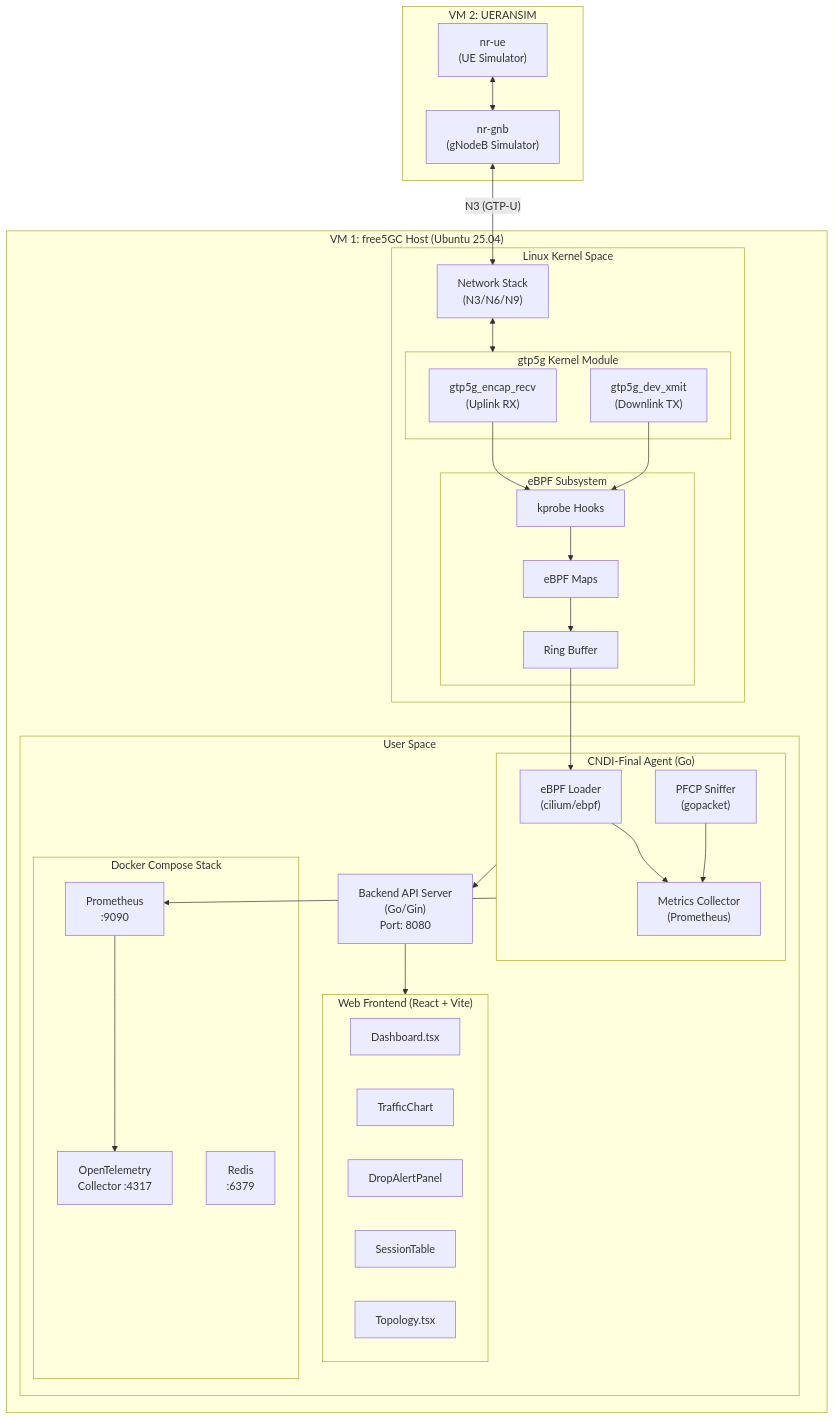
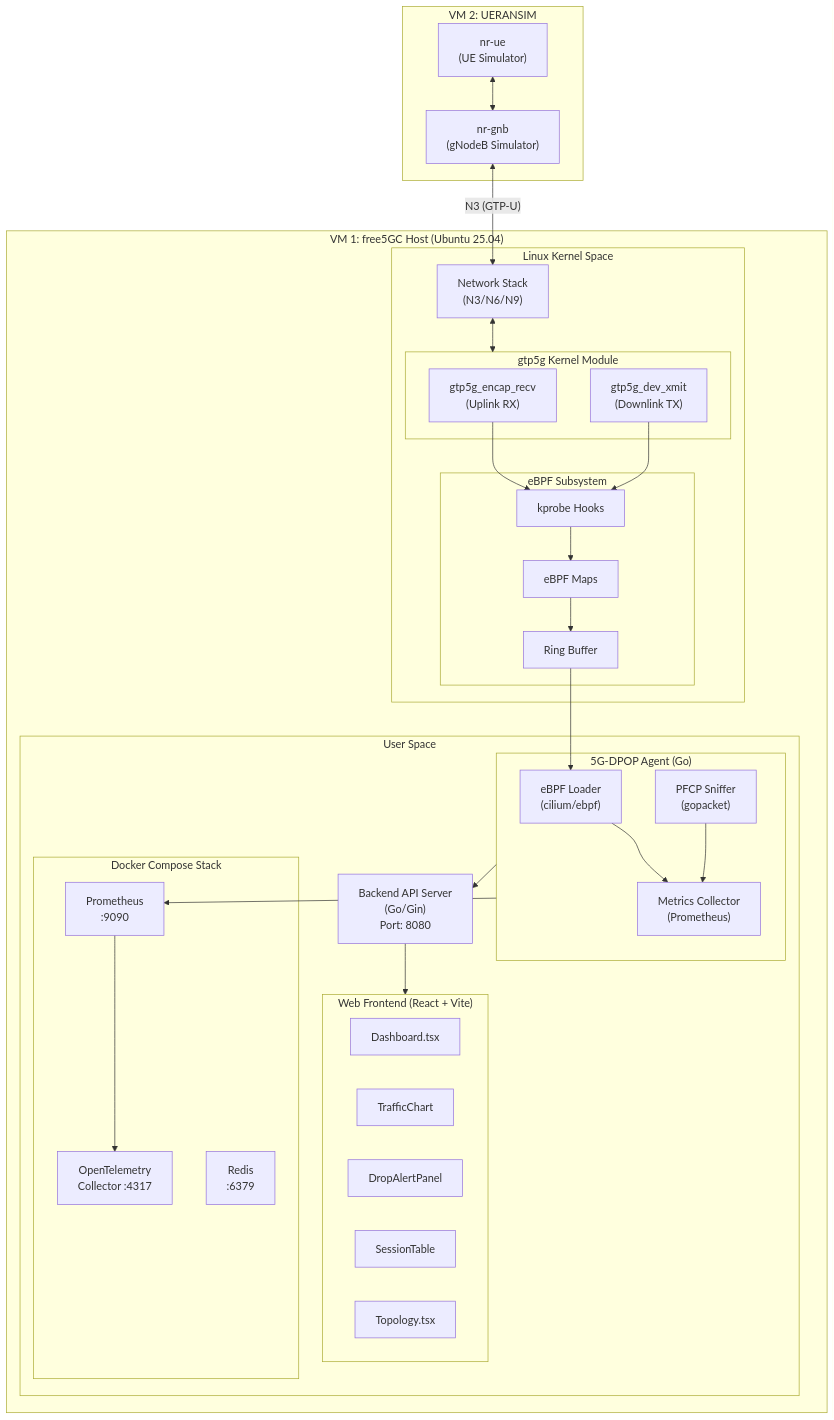
One commit to solar224/5G-DPOP changed the first of 5 diagrams in README.md. Above: the diagram before and after it, drawn with Mermaid. The commit also changed other lines of this file and 31 other files, not shown here.

````diff
--- a/README.md
+++ b/README.md
@@ -13,64 +13,64 @@
 ```mermaid
 flowchart TB
     subgraph VM1["VM 1: free5GC Host (Ubuntu 25.04)"]
         subgraph Kernel["Linux Kernel Space"]
             subgraph GTP5G["gtp5g Kernel Module"]
                 encap_recv["gtp5g_encap_recv<br/>(Uplink RX)"]
                 dev_xmit["gtp5g_dev_xmit<br/>(Downlink TX)"]
             end
             
             subgraph eBPF["eBPF Subsystem"]
                 kprobes["kprobe Hooks"]
                 maps["eBPF Maps"]
                 ringbuf["Ring Buffer"]
             end
             
             NetStack["Network Stack<br/>(N3/N6/N9)"]
         end
         
         subgraph UserSpace["User Space"]
-            subgraph Agent["CNDI-Final Agent (Go)"]
+            subgraph Agent["5G-DPOP Agent (Go)"]
                 Loader["eBPF Loader<br/>(cilium/ebpf)"]
                 Sniffer["PFCP Sniffer<br/>(gopacket)"]
                 Metrics["Metrics Collector<br/>(Prometheus)"]
             end
             
             APIServer["Backend API Server<br/>(Go/Gin)<br/>Port: 8080"]
             
             subgraph Docker["Docker Compose Stack"]
                 Prometheus["Prometheus<br/>:9090"]
                 OtelCollector["OpenTelemetry<br/>Collector :4317"]
                 Redis["Redis<br/>:6379"]
             end
             
             subgraph Frontend["Web Frontend (React + Vite)"]
                 Dashboard["Dashboard.tsx"]
                 TrafficChart["TrafficChart"]
                 DropAlert["DropAlertPanel"]
                 SessionTable["SessionTable"]
                 Topology["Topology.tsx"]
             end
         end
     end
     
     subgraph VM2["VM 2: UERANSIM"]
         gNB["nr-gnb<br/>(gNodeB Simulator)"]
         UE["nr-ue<br/>(UE Simulator)"]
     end
     
     NetStack <--> GTP5G
     encap_recv --> kprobes
     dev_xmit --> kprobes
     kprobes --> maps
     maps --> ringbuf
     ringbuf --> Loader
     Loader --> Metrics
     Sniffer --> Metrics
     Agent --> APIServer
     APIServer --> Frontend
     Prometheus --> OtelCollector
     Agent --> Prometheus
     
     UE <--> gNB
     gNB <-->|"N3 (GTP-U)"| NetStack
 ```
````
